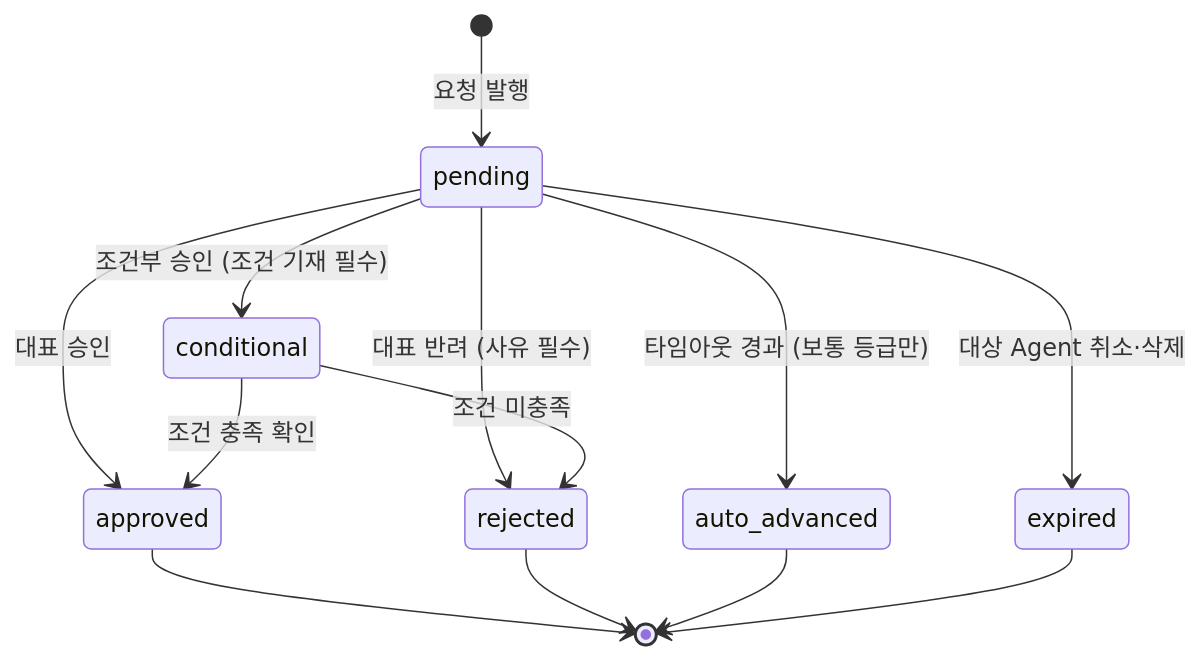
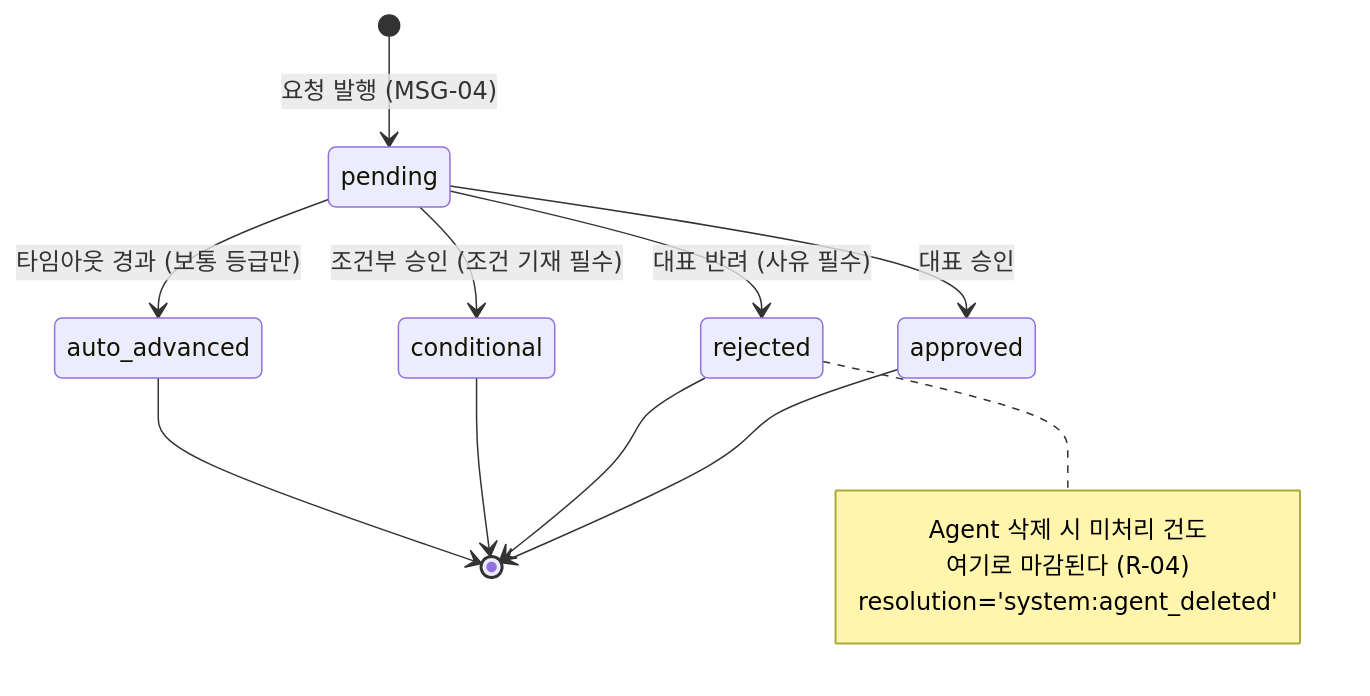
The diagram in docs/design/ui/des-014-progress-approval.md (AI-Agent-Jeon/ClaudeManager-v2), drawn with Mermaid before and after one commit. The commit also changed other lines of this file and 10 other files, not shown here.

````diff
--- a/docs/design/ui/des-014-progress-approval.md
+++ b/docs/design/ui/des-014-progress-approval.md
@@ -113,17 +113,19 @@
 ```mermaid
 stateDiagram-v2
-    [*] --> pending: 요청 발행
+    [*] --> pending: 요청 발행 (MSG-04)
     pending --> approved: 대표 승인
     pending --> rejected: 대표 반려 (사유 필수)
     pending --> conditional: 조건부 승인 (조건 기재 필수)
     pending --> auto_advanced: 타임아웃 경과 (보통 등급만)
-    pending --> expired: 대상 Agent 취소·삭제
-
-    conditional --> approved: 조건 충족 확인
-    conditional --> rejected: 조건 미충족
 
     approved --> [*]
     rejected --> [*]
+    conditional --> [*]
     auto_advanced --> [*]
-    expired --> [*]
+
+    note right of rejected
+        Agent 삭제 시 미처리 건도
+        여기로 마감된다 (R-04)
+        resolution='system:agent_deleted'
+    end note
 ```
````
